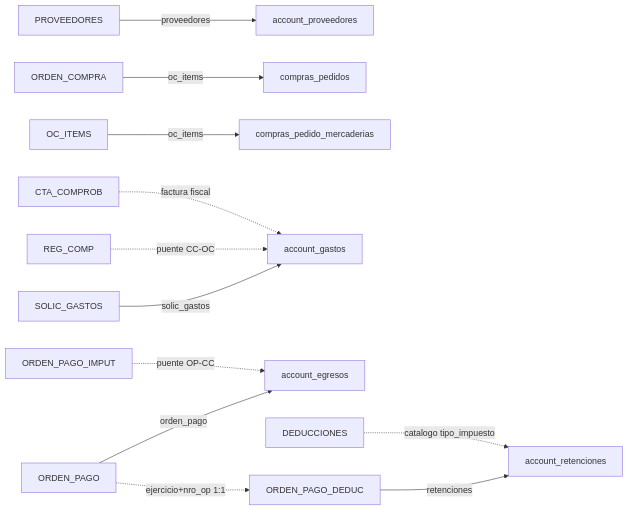
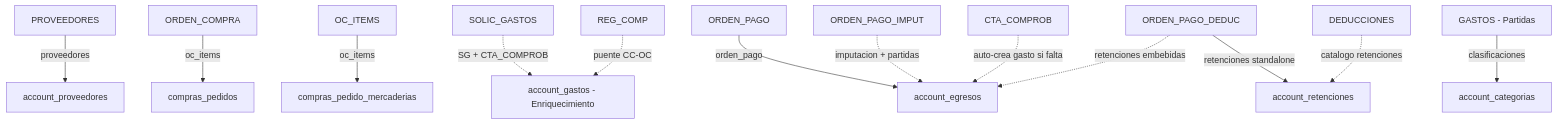
The diagram in docs/rafam_paxapos_equivalencias.md (plusabstracta/rafam-ba-proveedores), drawn with Mermaid before and after one commit. The commit also changed other lines of this file, not shown here.

````diff
--- a/docs/rafam_paxapos_equivalencias.md
+++ b/docs/rafam_paxapos_equivalencias.md
@@ -49,14 +43,19 @@
 ```mermaid
-graph LR
+graph TD
     PROV[PROVEEDORES] -->|proveedores| AP[account_proveedores]
     OC[ORDEN_COMPRA] -->|oc_items| CP[compras_pedidos]
     OCI[OC_ITEMS] -->|oc_items| CPM[compras_pedido_mercaderias]
-    SG[SOLIC_GASTOS] -->|solic_gastos| AG[account_gastos]
-    REG[REG_COMP] -. puente CC-OC .-> AG
-    CC[CTA_COMPROB] -. factura fiscal .-> AG
+    
+    SG[SOLIC_GASTOS] -. SG + CTA_COMPROB .-> AG_ENRICH[account_gastos - Enriquecimiento]
+    REG[REG_COMP] -. puente CC-OC .-> AG_ENRICH
+    
     OP[ORDEN_PAGO] -->|orden_pago| AE[account_egresos]
-    OPI[ORDEN_PAGO_IMPUT] -. puente OP-CC .-> AE
-    OPD[ORDEN_PAGO_DEDUC] -->|retenciones| AR[account_retenciones]
-    OP -. ejercicio+nro_op 1:1 .-> OPD
-    DED[DEDUCCIONES] -. catalogo tipo_impuesto .-> AR
+    OPI[ORDEN_PAGO_IMPUT] -. imputacion + partidas .-> AE
+    CC[CTA_COMPROB] -. auto-crea gasto si falta .-> AE
+    OPD[ORDEN_PAGO_DEDUC] -. retenciones embebidas .-> AE
+    
+    OPD -->|retenciones standalone| AR[account_retenciones]
+    DED[DEDUCCIONES] -. catalogo retenciones .-> AR
+    
+    GASTOS[GASTOS - Partidas] -->|clasificaciones| AC[account_categorias]
 ```
````
